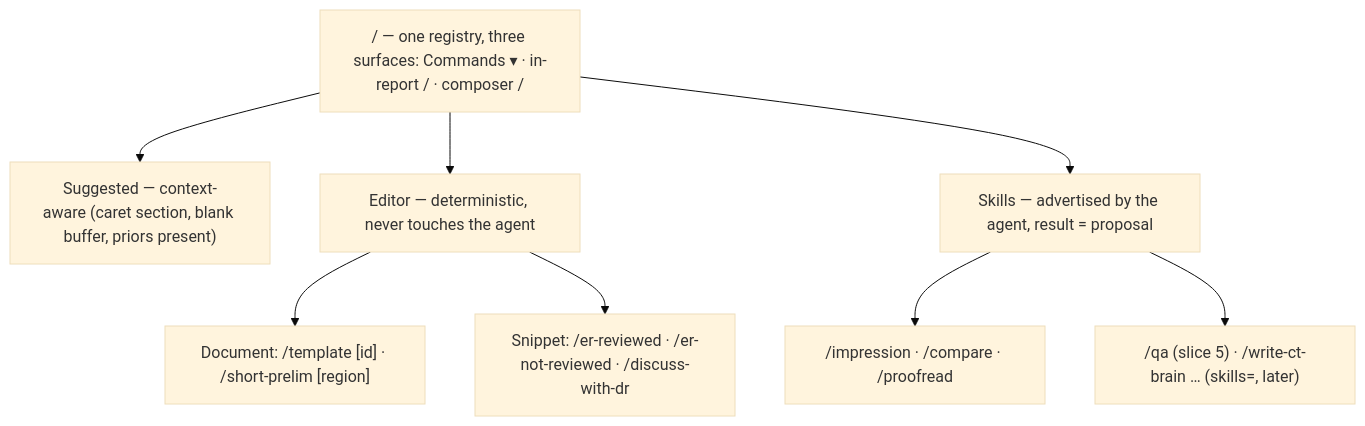
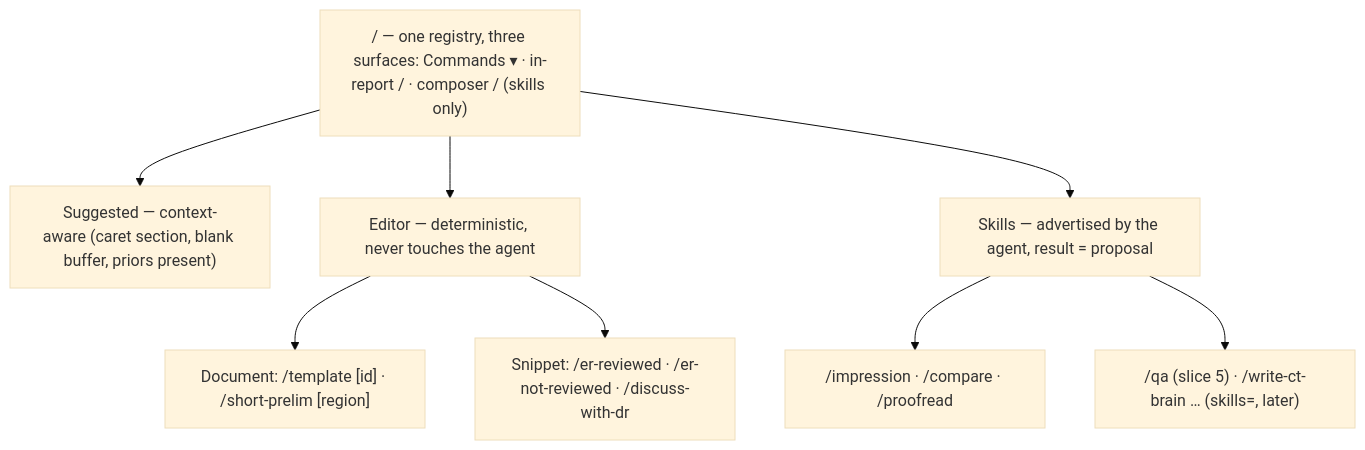
The first of 5 diagrams in docs/design/02-surface-architecture.md (Lightbridge-KS/acp-rad-demo), drawn with Mermaid (base theme) before and after one commit. The commit also changed other lines of this file and 5 other files, not shown here.

First line of the commit message:
fix(sidebar): composer / lists skills only — editor commands are not chat

````diff
--- a/docs/design/02-surface-architecture.md
+++ b/docs/design/02-surface-architecture.md
@@ -68,11 +68,11 @@
 ```mermaid
 flowchart TD
-    root["/ — one registry, three surfaces: Commands ▾ · in-report / · composer /"]
+    root["/ — one registry, three surfaces: Commands ▾ · in-report / · composer / (skills only)"]
     root --> sug["Suggested — context-aware (caret section, blank buffer, priors present)"]
     root --> ed["Editor — deterministic, never touches the agent"]
     root --> sk["Skills — advertised by the agent, result = proposal"]
     ed --> doc["Document: /template [id] · /short-prelim [region]"]
     ed --> sn["Snippet: /er-reviewed · /er-not-reviewed · /discuss-with-dr"]
     sk --> s1["/impression · /compare · /proofread"]
     sk --> s2["/qa (slice 5) · /write-ct-brain … (skills=, later)"]
 ```
````
